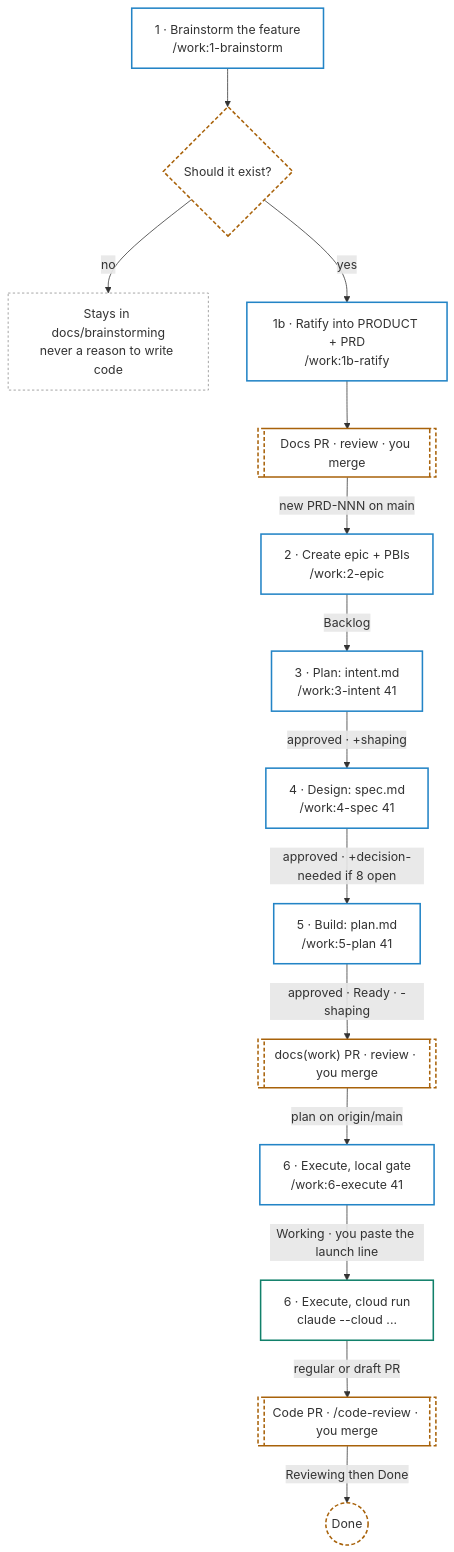
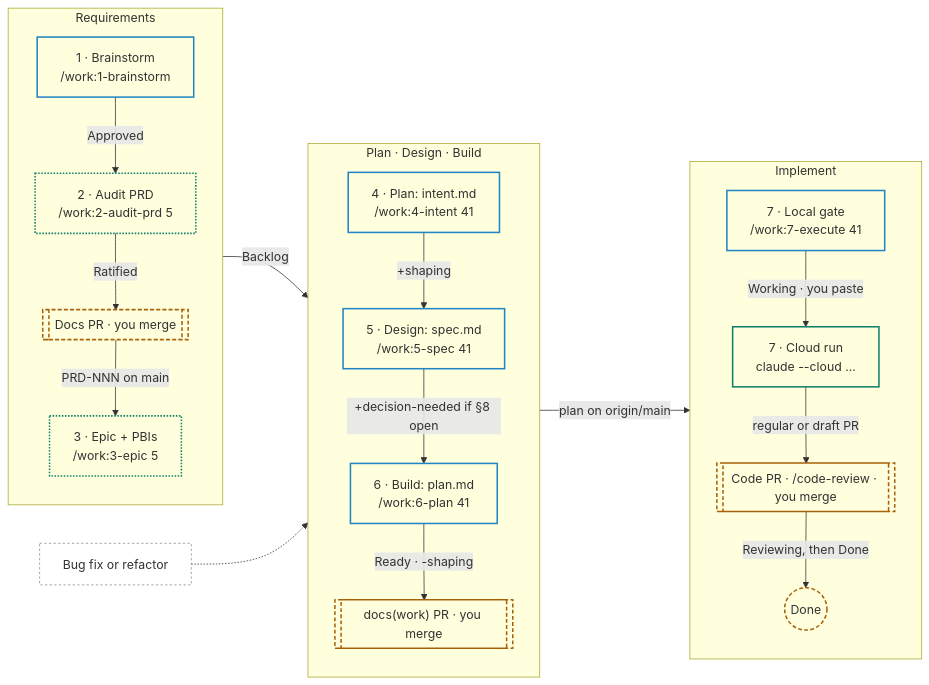
One commit to Cueserve/cs-cueviksync changed the diagram in docs/work/README.md. Above: the diagram before and after it, drawn with Mermaid. The commit also changed other lines of this file, not shown here.

First line of the commit message:
docs(work): rewrite the work README for the seven-step process

````diff
--- a/docs/work/README.md
+++ b/docs/work/README.md
@@ -49,35 +73,44 @@
 ```mermaid
-flowchart TD
-    S1["1 · Brainstorm the feature<br/>/work:1-brainstorm"]:::local
-    D1{"Should it exist?"}:::human
-    X["Stays in docs/brainstorming<br/>never a reason to write code"]:::muted
-    S1b["1b · Ratify into PRODUCT + PRD<br/>/work:1b-ratify"]:::local
-    PR1[["Docs PR · review · you merge"]]:::human
-    S2["2 · Create epic + PBIs<br/>/work:2-epic"]:::local
-    S3["3 · Plan: intent.md<br/>/work:3-intent 41"]:::local
-    S4["4 · Design: spec.md<br/>/work:4-spec 41"]:::local
-    S5["5 · Build: plan.md<br/>/work:5-plan 41"]:::local
-    PR2[["docs(work) PR · review · you merge"]]:::human
-    S6a["6 · Execute, local gate<br/>/work:6-execute 41"]:::local
-    S6b["6 · Execute, cloud run<br/>claude --cloud ..."]:::cloud
-    PR3[["Code PR · /code-review · you merge"]]:::human
-    DONE(("Done")):::human
+flowchart LR
+    subgraph R["Requirements"]
+        direction TB
+        S1["1 · Brainstorm<br/>/work:1-brainstorm"]:::local
+        S2["2 · Audit PRD<br/>/work:2-audit-prd 5"]:::either
+        PR1[["Docs PR · you merge"]]:::human
+        S3["3 · Epic + PBIs<br/>/work:3-epic 5"]:::either
+        S1 -- "Approved" --> S2
+        S2 -- "Ratified" --> PR1
+        PR1 -- "PRD-NNN on main" --> S3
+    end
+    subgraph W["Plan · Design · Build"]
+        direction TB
+        S4["4 · Plan: intent.md<br/>/work:4-intent 41"]:::local
+        S5["5 · Design: spec.md<br/>/work:5-spec 41"]:::local
+        S6["6 · Build: plan.md<br/>/work:6-plan 41"]:::local
+        PR2[["docs(work) PR · you merge"]]:::human
+        S4 -- "+shaping" --> S5
+        S5 -- "+decision-needed if §8 open" --> S6
+        S6 -- "Ready · -shaping" --> PR2
+    end
+    subgraph I["Implement"]
+        direction TB
+        S7a["7 · Local gate<br/>/work:7-execute 41"]:::local
+        S7b["7 · Cloud run<br/>claude --cloud ..."]:::cloud
+        PR3[["Code PR · /code-review · you merge"]]:::human
+        DONE(("Done")):::human
+        S7a -- "Working · you paste" --> S7b
+        S7b -- "regular or draft PR" --> PR3
+        PR3 -- "Reviewing, then Done" --> DONE
+    end
+    BUG["Bug fix or refactor"]:::muted
 
-    S1 --> D1
-    D1 -- no --> X
-    D1 -- yes --> S1b --> PR1
-    PR1 -- "new PRD-NNN on main" --> S2
-    S2 -- "Backlog" --> S3
-    S3 -- "approved · +shaping" --> S4
-    S4 -- "approved · +decision-needed if 8 open" --> S5
-    S5 -- "approved · Ready · -shaping" --> PR2
-    PR2 -- "plan on origin/main" --> S6a
-    S6a -- "Working · you paste the launch line" --> S6b
-    S6b -- "regular or draft PR" --> PR3
-    PR3 -- "Reviewing then Done" --> DONE
+    R -- "Backlog" --> W
+    BUG -.-> W
+    W -- "plan on origin/main" --> I
 
     classDef local fill:transparent,stroke:#2384c6,stroke-width:2px
     classDef cloud fill:transparent,stroke:#11806a,stroke-width:2px
+    classDef either fill:transparent,stroke:#11806a,stroke-width:2px,stroke-dasharray:2 2
     classDef human fill:transparent,stroke:#a8620a,stroke-width:2px,stroke-dasharray:5 3
     classDef muted fill:transparent,stroke:#8a8a8a,stroke-dasharray:3 3
 ```
````
